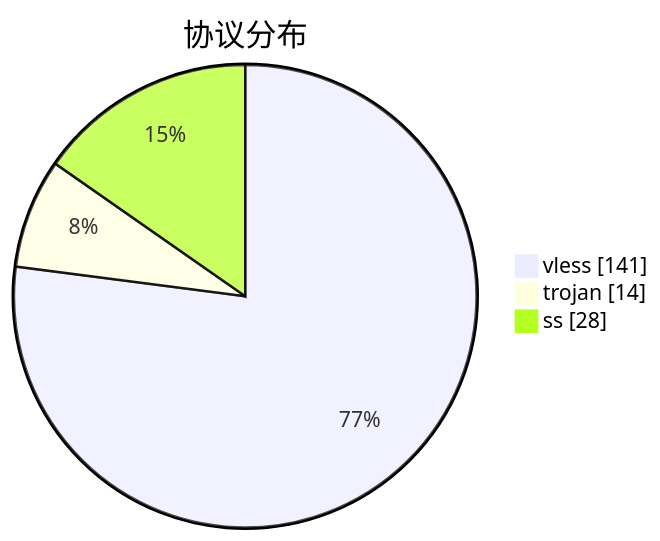
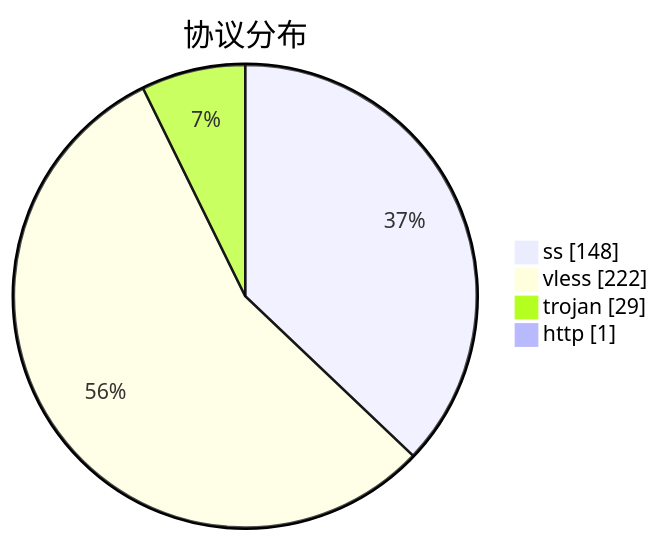
One commit to qjlxg/airport changed the third of 3 diagrams in subs/statistics/tested_within.md. Above: the diagram before and after it, drawn with Mermaid. The commit also changed other lines of this file and 2 other files, not shown here.

````diff
--- a/subs/statistics/tested_within.md
+++ b/subs/statistics/tested_within.md
@@ -27,7 +32,8 @@
 ```mermaid
 pie showData
 title 协议分布
-"vless" : 141
-"trojan" : 14
-"ss" : 28
+"ss" : 148
+"vless" : 222
+"trojan" : 29
+"http" : 1
 ```
````
